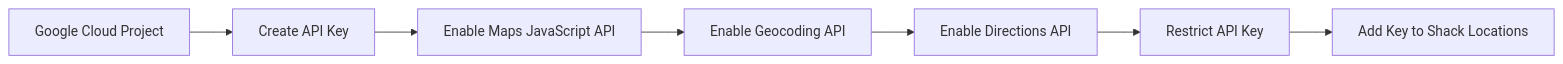
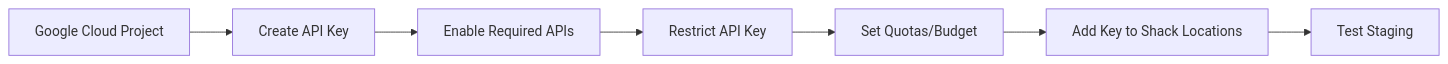
One commit to duyduyly/php-notebook changed the fourth of 7 diagrams in docs/joomla/learning/3rd-extensions/shack-locations-free-2-2-1-installation-configuration-guide.md. Above: the diagram before and after it, drawn with Mermaid. The commit also changed other lines of this file, not shown here.

Commit message:
docs: add Shack Locations security assessment

````diff
--- a/docs/joomla/learning/3rd-extensions/shack-locations-free-2-2-1-installation-configuration-guide.md
+++ b/docs/joomla/learning/3rd-extensions/shack-locations-free-2-2-1-installation-configuration-guide.md
@@ -471,9 +632,9 @@
 ```mermaid
 flowchart LR
     A[Google Cloud Project] --> B[Create API Key]
-    B --> C[Enable Maps JavaScript API]
-    C --> D[Enable Geocoding API]
-    D --> E[Enable Directions API]
-    E --> F[Restrict API Key]
-    F --> G[Add Key to Shack Locations]
+    B --> C[Enable Required APIs]
+    C --> D[Restrict API Key]
+    D --> E[Set Quotas/Budget]
+    E --> F[Add Key to Shack Locations]
+    F --> G[Test Staging]
 ```
````
